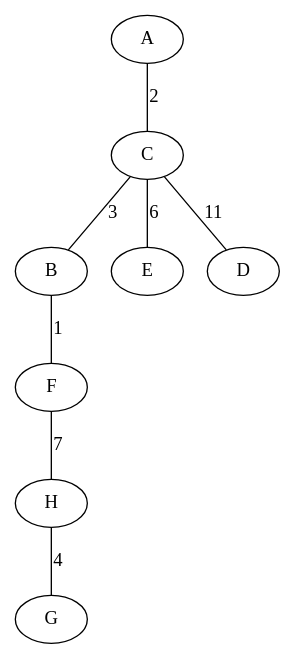
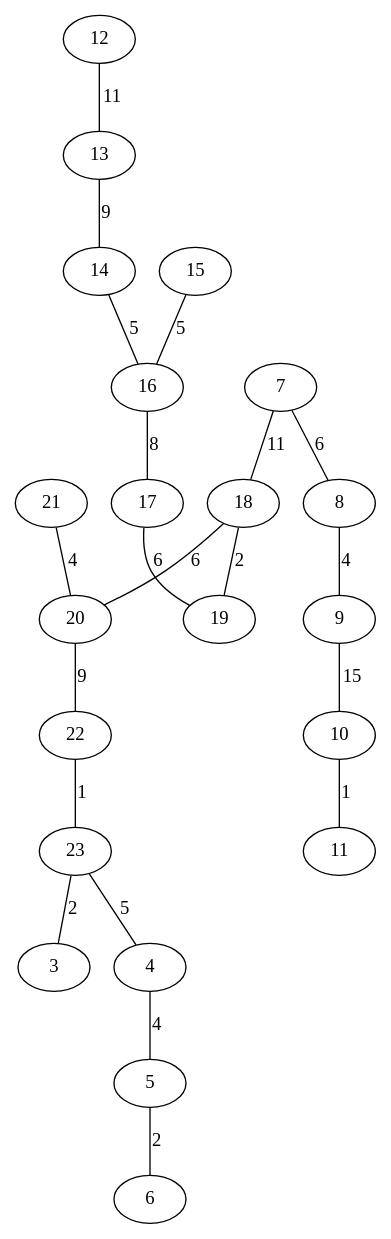
One commit to SAEmanuel/Green_Spaces_Management_ISEP changed the diagram in MDISC/sprintC/src/output_17/graph.puml. Above: the diagram before and after it, drawn with PlantUML. The commit also changed 7 other files, not shown here.

```diff
--- a/MDISC/sprintC/src/output_17/graph.puml
+++ b/MDISC/sprintC/src/output_17/graph.puml
@@ -1,11 +1,24 @@
 @startuml
 graph GraphRep {
-B --F [label="1"]
-A --C [label="2"]
-C --B [label="3"]
-H --G [label="4"]
-C --E [label="6"]
-F --H [label="7"]
-C --D [label="11"]
+22 --23 [label="1"]
+10 --11 [label="1"]
+23 --3 [label="2"]
+5 --6 [label="2"]
+18 --19 [label="2"]
+21 --20 [label="4"]
+8 --9 [label="4"]
+4 --5 [label="4"]
+14 --16 [label="5"]
+15 --16 [label="5"]
+23 --4 [label="5"]
+17 --19 [label="6"]
+7 --8 [label="6"]
+18 --20 [label="6"]
+16 --17 [label="8"]
+20 --22 [label="9"]
+13 --14 [label="9"]
+12 --13 [label="11"]
+7 --18 [label="11"]
+9 --10 [label="15"]
 }
 @enduml
```
